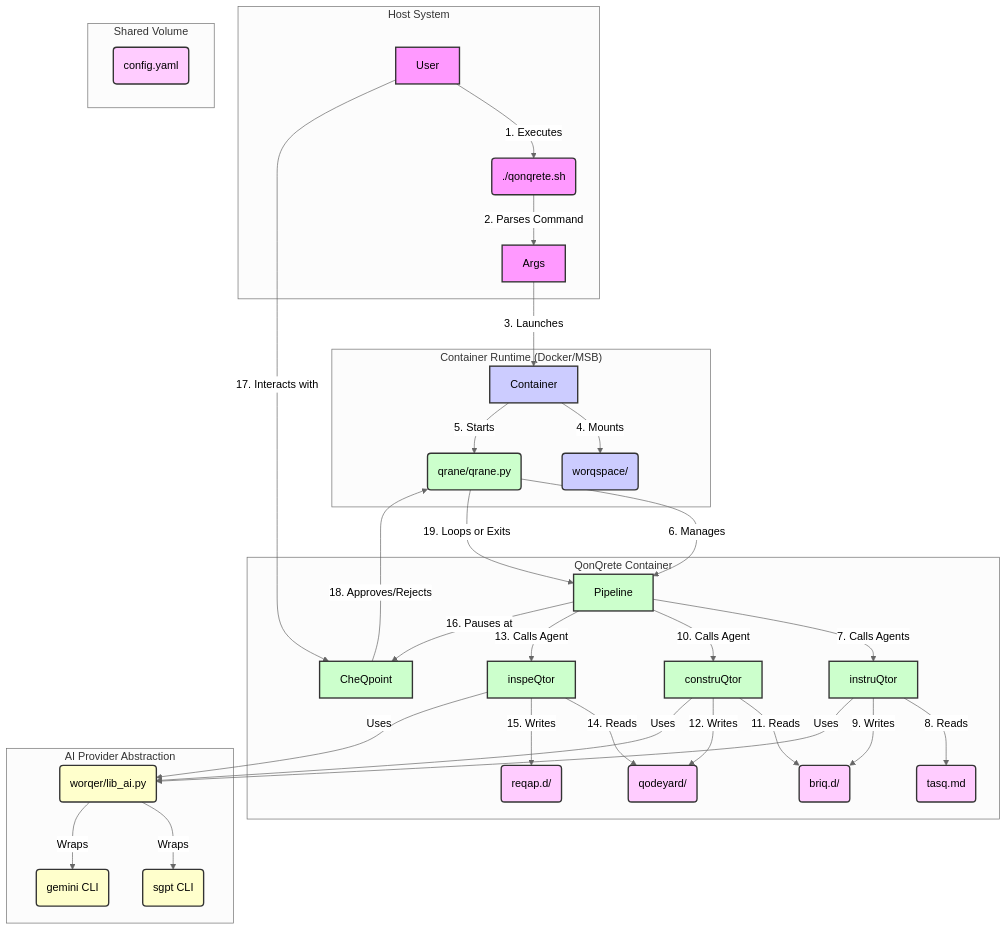
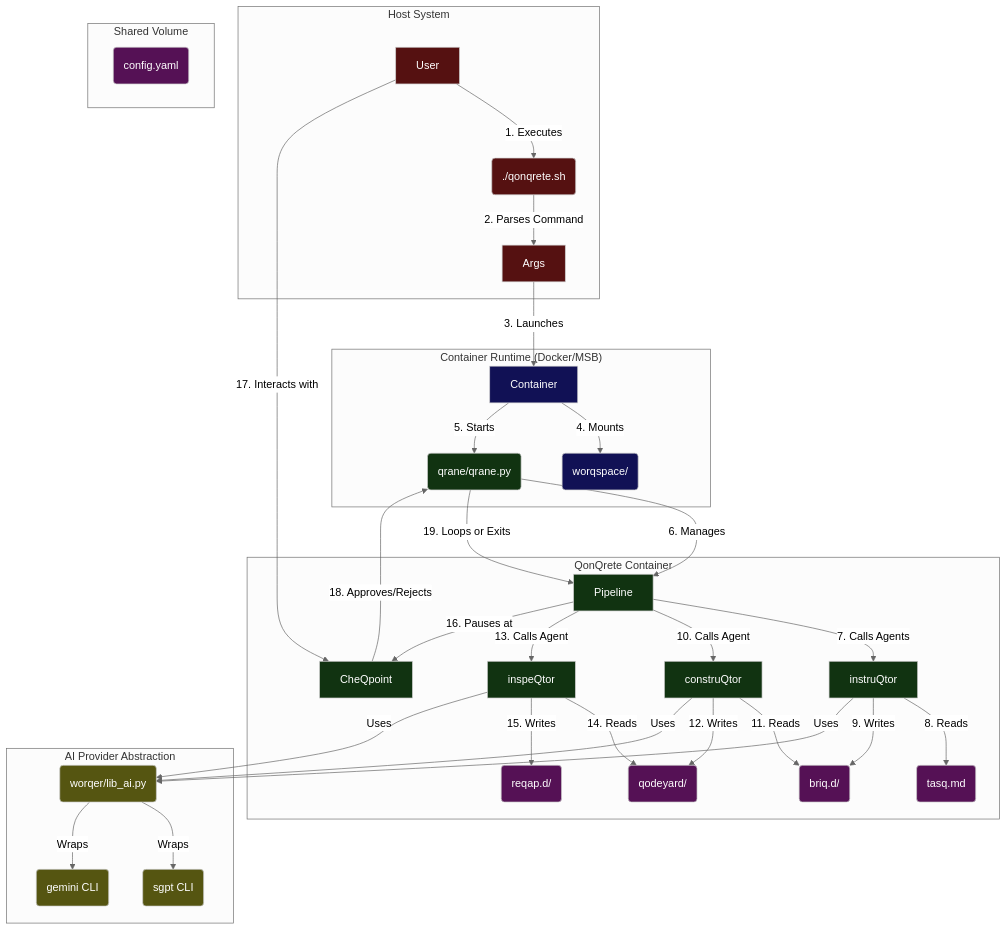
Before and after one commit to illdynamics/qonqrete: the diagram in ARCHITECTURE.md, drawn with Mermaid (neutral theme).

Commit message:
docs: Update architecture diagram to a dark theme

````diff
--- a/ARCHITECTURE.md
+++ b/ARCHITECTURE.md
@@ -5,61 +5,61 @@
 ```mermaid
 graph TD
     subgraph Host System
         User -- 1. Executes --> Shell;
         Shell(./qonqrete.sh) -- 2. Parses Command --> Args;
     end
 
     subgraph "Container Runtime (Docker/MSB)"
         Args -- 3. Launches --> Container;
         Container -- 4. Mounts --> Worqspace;
         Container -- 5. Starts --> Qrane;
     end
 
     subgraph "QonQrete Container"
         Qrane(qrane/qrane.py) -- 6. Manages --> Pipeline;
         Pipeline -- 7. Calls Agents --> instruQtor;
         instruQtor -- 8. Reads --> TasQ;
         instruQtor -- 9. Writes --> BriQs;
         Pipeline -- 10. Calls Agent --> construQtor;
         construQtor -- 11. Reads --> BriQs;
         construQtor -- 12. Writes --> Qodeyard;
         Pipeline -- 13. Calls Agent --> inspeQtor;
         inspeQtor -- 14. Reads --> Qodeyard;
         inspeQtor -- 15. Writes --> ReQap;
         Pipeline -- 16. Pauses at --> CheQpoint;
     end
 
     subgraph "Shared Volume"
         Worqspace(worqspace/);
         TasQ(tasq.md);
         BriQs(briq.d/);
         Qodeyard(qodeyard/);
         ReQap(reqap.d/);
         Config(config.yaml);
     end
 
     subgraph "AI Provider Abstraction"
         LibAI(worqer/lib_ai.py);
         instruQtor -- Uses --> LibAI;
         construQtor -- Uses --> LibAI;
         inspeQtor -- Uses --> LibAI;
         LibAI -- Wraps --> SGPT(sgpt CLI);
         LibAI -- Wraps --> Gemini(gemini CLI);
     end
 
     User -- 17. Interacts with --> CheQpoint;
     CheQpoint -- 18. Approves/Rejects --> Qrane;
     Qrane -- 19. Loops or Exits --> Pipeline;
 
-    classDef host fill:#f9f,stroke:#333,stroke-width:2px;
-    classDef container fill:#ccf,stroke:#333,stroke-width:2px;
-    classDef qonqrete fill:#cfc,stroke:#333,stroke-width:2px;
-    classDef volume fill:#fcf,stroke:#333,stroke-width:2px;
-    classDef abstraction fill:#ffc,stroke:#333,stroke-width:2px;
+    classDef host fill:#511,stroke:#ccc,color:#fff;
+    classDef container fill:#115,stroke:#ccc,color:#fff;
+    classDef qonqrete fill:#131,stroke:#ccc,color:#fff;
+    classDef volume fill:#515,stroke:#ccc,color:#fff;
+    classDef abstraction fill:#551,stroke:#ccc,color:#fff;
 
     class User,Shell,Args host;
     class Container,Worqspace container;
     class Qrane,Pipeline,instruQtor,construQtor,inspeQtor,CheQpoint qonqrete;
     class TasQ,BriQs,Qodeyard,ReQap,Config volume;
     class LibAI,SGPT,Gemini abstraction;
 ```
````
